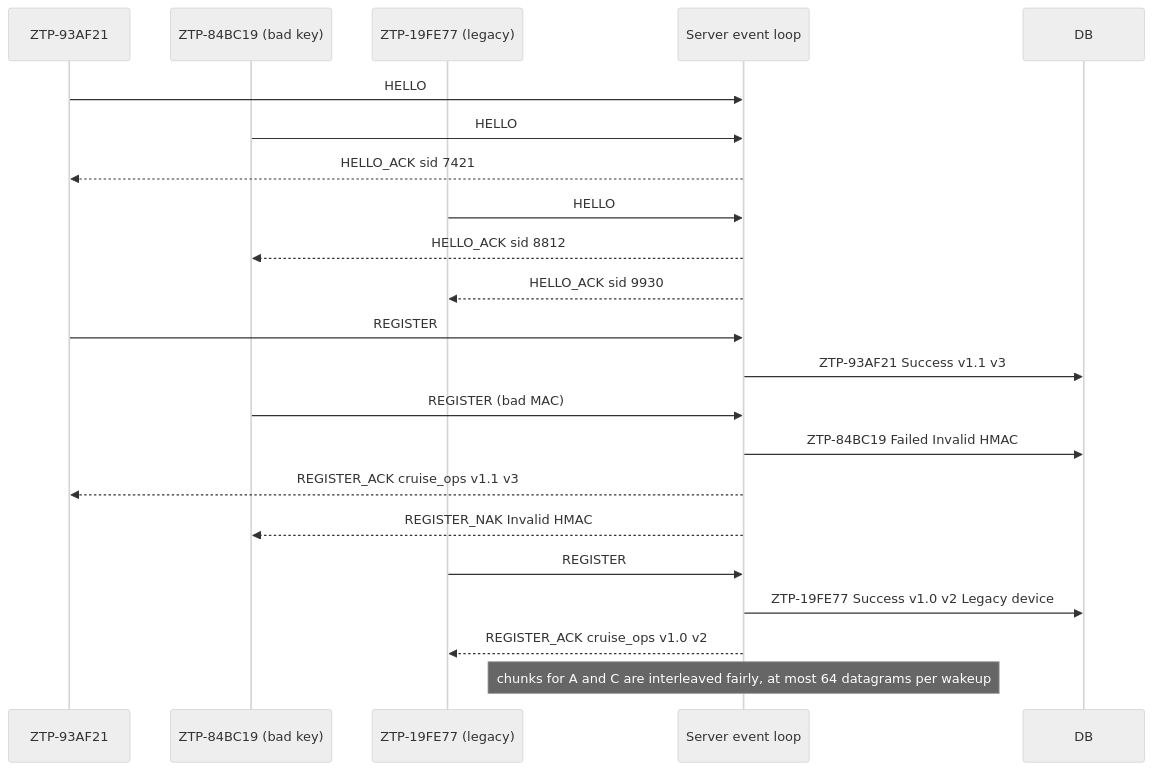
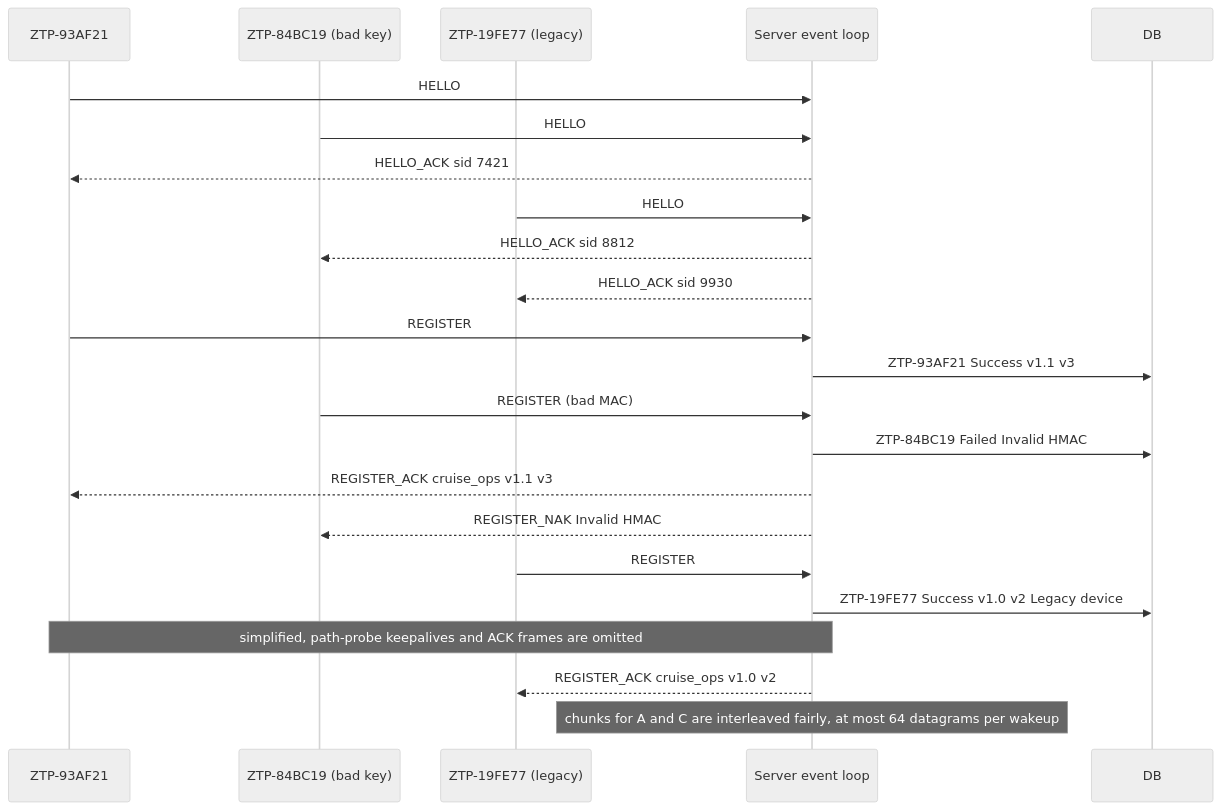
Diagram 20 of 23 in DESIGN.md (heysunilvk/ztp-project), drawn with Mermaid (neutral theme) before and after one commit. The commit also changed other lines of this file and 2 other files, not shown here.

````diff
--- a/DESIGN.md
+++ b/DESIGN.md
@@ -1396,24 +1640,25 @@
 ```mermaid
 sequenceDiagram
     participant A as ZTP-93AF21
     participant B as ZTP-84BC19 (bad key)
     participant C as ZTP-19FE77 (legacy)
     participant S as Server event loop
     participant DB as DB
     A->>S: HELLO
     B->>S: HELLO
     S-->>A: HELLO_ACK sid 7421
     C->>S: HELLO
     S-->>B: HELLO_ACK sid 8812
     S-->>C: HELLO_ACK sid 9930
     A->>S: REGISTER
     S->>DB: ZTP-93AF21 Success v1.1 v3
     B->>S: REGISTER (bad MAC)
     S->>DB: ZTP-84BC19 Failed Invalid HMAC
     S-->>A: REGISTER_ACK cruise_ops v1.1 v3
     S-->>B: REGISTER_NAK Invalid HMAC
     C->>S: REGISTER
     S->>DB: ZTP-19FE77 Success v1.0 v2 Legacy device
+    Note over A,S: simplified, path-probe keepalives and ACK frames are omitted
     S-->>C: REGISTER_ACK cruise_ops v1.0 v2
     Note over S: chunks for A and C are interleaved fairly, at most 64 datagrams per wakeup
 ```
````
